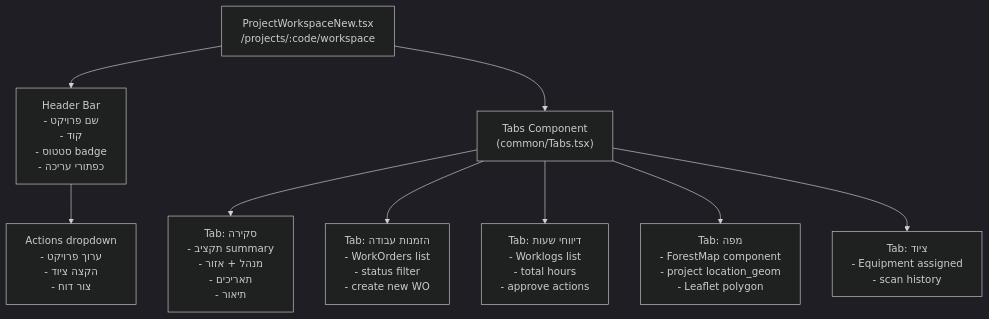
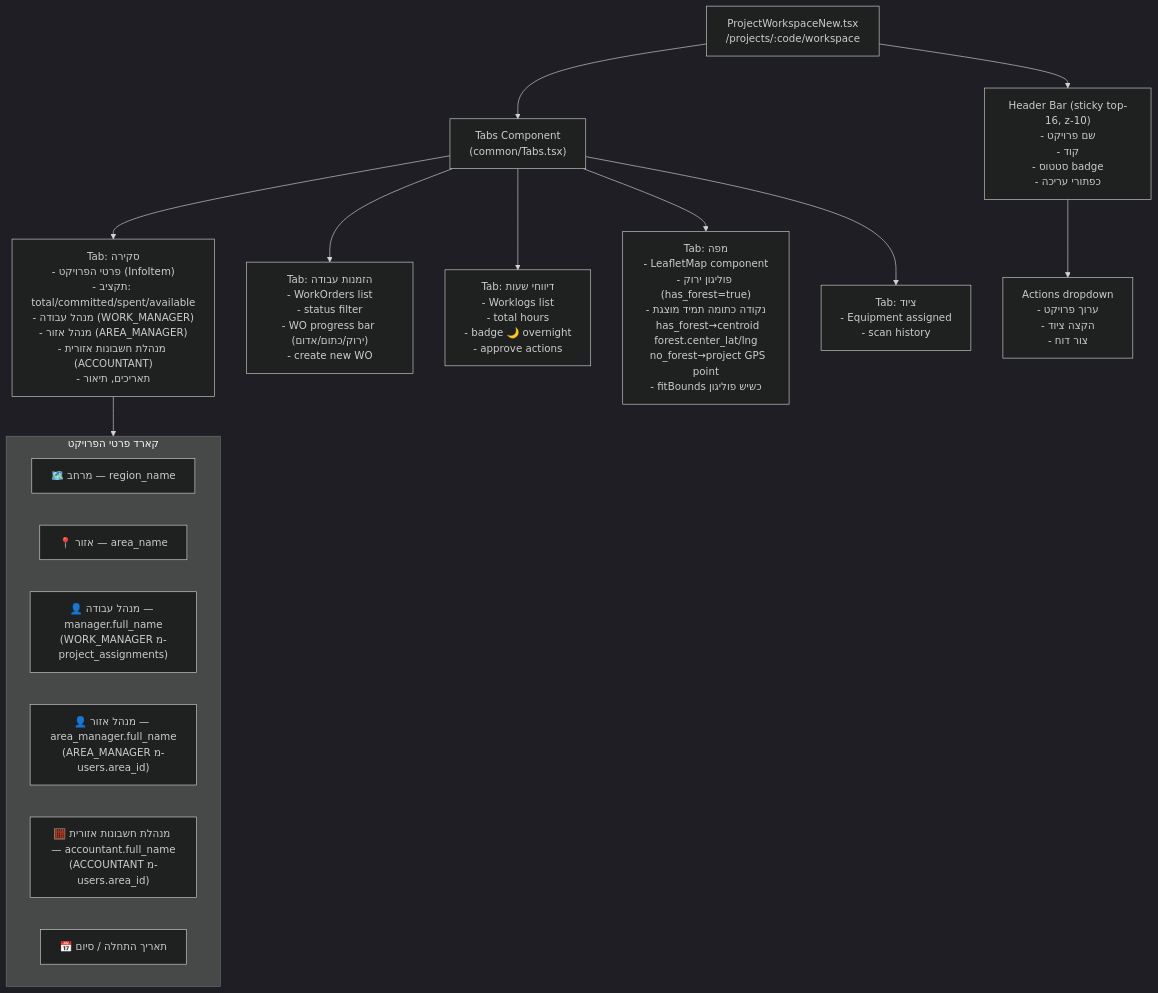
The second of 6 diagrams in ניר/11_COMPONENT_HIERARCHY.md (nirab96Developer/Forewise), drawn with Mermaid (dark theme) before and after one commit. The commit also changed other lines of this file and 17 other files, not shown here.

````diff
--- a/ניר/11_COMPONENT_HIERARCHY.md
+++ b/ניר/11_COMPONENT_HIERARCHY.md
@@ -42,16 +42,27 @@
 ```mermaid
 flowchart TD
     PWS["ProjectWorkspaceNew.tsx\n/projects/:code/workspace"]
     
-    PWS --> HEADER["Header Bar\n- שם פרויקט\n- קוד\n- סטטוס badge\n- כפתורי עריכה"]
+    PWS --> HEADER["Header Bar (sticky top-16, z-10)\n- שם פרויקט\n- קוד\n- סטטוס badge\n- כפתורי עריכה"]
     
     PWS --> TABS["Tabs Component\n(common/Tabs.tsx)"]
     
-    TABS --> TAB1["Tab: סקירה\n- תקציב summary\n- מנהל + אזור\n- תאריכים\n- תיאור"]
-    TABS --> TAB2["Tab: הזמנות עבודה\n- WorkOrders list\n- status filter\n- create new WO"]
-    TABS --> TAB3["Tab: דיווחי שעות\n- Worklogs list\n- total hours\n- approve actions"]
-    TABS --> TAB4["Tab: מפה\n- ForestMap component\n- project location_geom\n- Leaflet polygon"]
+    TABS --> TAB1["Tab: סקירה\n- פרטי הפרויקט (InfoItem)\n- תקציב: total/committed/spent/available\n- מנהל עבודה (WORK_MANAGER)\n- מנהל אזור (AREA_MANAGER)\n- מנהלת חשבונות אזורית (ACCOUNTANT)\n- תאריכים, תיאור"]
+    TABS --> TAB2["Tab: הזמנות עבודה\n- WorkOrders list\n- status filter\n- WO progress bar (ירוק/כתום/אדום)\n- create new WO"]
+    TABS --> TAB3["Tab: דיווחי שעות\n- Worklogs list\n- total hours\n- badge 🌙 overnight\n- approve actions"]
+    TABS --> TAB4["Tab: מפה\n- LeafletMap component\n- פוליגון ירוק (has_forest=true)\n- נקודה כתומה תמיד מוצגת\n  has_forest→centroid forest.center_lat/lng\n  no_forest→project GPS point\n- fitBounds כשיש פוליגון"]
     TABS --> TAB5["Tab: ציוד\n- Equipment assigned\n- scan history"]
     
     HEADER --> ACTIONS["Actions dropdown\n- ערוך פרויקט\n- הקצה ציוד\n- צור דוח"]
+    
+    subgraph PROJECT_DETAILS["קארד פרטי הפרויקט"]
+        PD1["🗺️ מרחב — region_name"]
+        PD2["📍 אזור — area_name"]
+        PD3["👤 מנהל עבודה — manager.full_name\n(WORK_MANAGER מ-project_assignments)"]
+        PD4["👤 מנהל אזור — area_manager.full_name\n(AREA_MANAGER מ-users.area_id)"]
+        PD5["🧮 מנהלת חשבונות אזורית — accountant.full_name\n(ACCOUNTANT מ-users.area_id)"]
+        PD6["📅 תאריך התחלה / סיום"]
+    end
+    
+    TAB1 --> PROJECT_DETAILS
 ```
````
